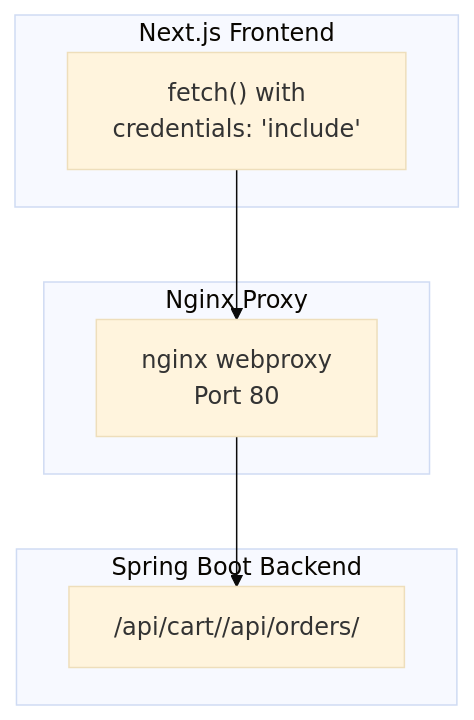
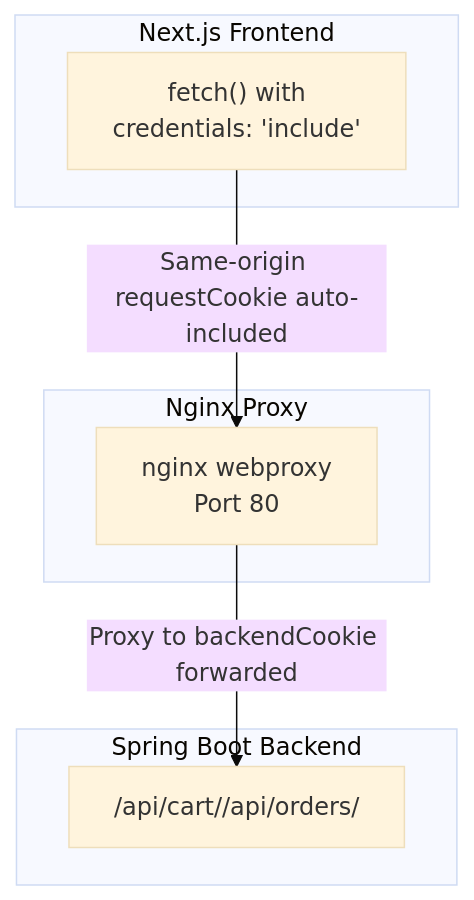
One commit to philipz/spring-modular-monolith changed the seventh of 7 diagrams in docs/deepwiki/Session-Management-with-Hazelcast.md. Above: the diagram before and after it, drawn with Mermaid (base theme). The commit also changed other lines of this file and 55 other files, not shown here.

````diff
--- a/docs/deepwiki/Session-Management-with-Hazelcast.md
+++ b/docs/deepwiki/Session-Management-with-Hazelcast.md
@@ -438,22 +438,22 @@
 ```mermaid
 flowchart TD
 
 Fetch["fetch() with<br>credentials: 'include'"]
 Proxy["nginx webproxy<br>Port 80"]
 API["/api/cart//api/orders/"]
 
-Fetch --> Proxy
-Proxy --> API
+Fetch -->|"Same-origin requestCookie auto-included"| Proxy
+Proxy -->|"Proxy to backendCookie forwarded"| API
 
 subgraph subGraph2 ["Spring Boot Backend"]
     API
 end
 
 subgraph subGraph1 ["Nginx Proxy"]
     Proxy
 end
 
 subgraph subGraph0 ["Next.js Frontend"]
     Fetch
 end
 ```
````
